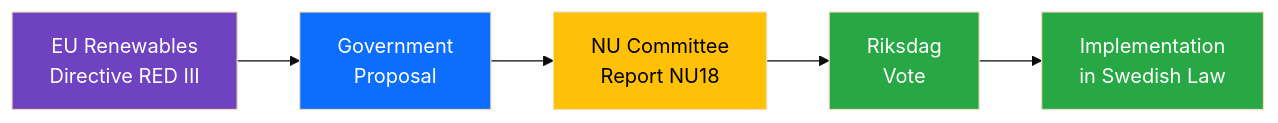
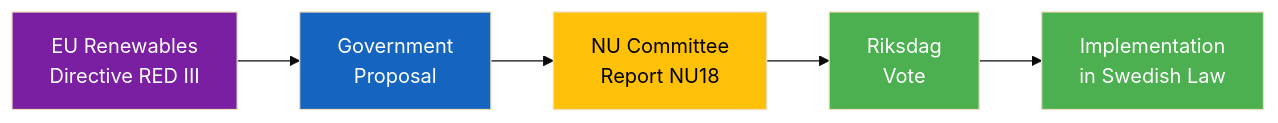
The diagram in analysis/daily/2026-04-08/evening-analysis-2/documents/hd01nu18-analysis.md (Hack23/riksdagsmonitor), drawn with Mermaid (base theme) before and after one commit. The commit also changed 785 other files, not shown here.

First line of the commit message:
Normalize mermaid colors across 786 analysis artifacts to ISMS Style Guide palette

````diff
--- a/analysis/daily/2026-04-08/evening-analysis-2/documents/hd01nu18-analysis.md
+++ b/analysis/daily/2026-04-08/evening-analysis-2/documents/hd01nu18-analysis.md
@@ -20,13 +20,13 @@
 ```mermaid
 graph LR
     A["EU Renewables<br/>Directive RED III"] --> B["Government<br/>Proposal"]
     B --> C["NU Committee<br/>Report NU18"]
     C --> D["Riksdag<br/>Vote"]
     D --> E["Implementation<br/>in Swedish Law"]
 
-    style A fill:#6f42c1,color:#fff
-    style B fill:#0d6efd,color:#fff
-    style C fill:#ffc107,color:#000
-    style D fill:#28a745,color:#fff
-    style E fill:#28a745,color:#fff
+    style A fill:#7B1FA2,color:#FFFFFF
+    style B fill:#1565C0,color:#FFFFFF
+    style C fill:#FFC107,color:#000000
+    style D fill:#4CAF50,color:#FFFFFF
+    style E fill:#4CAF50,color:#FFFFFF
 ```
````
